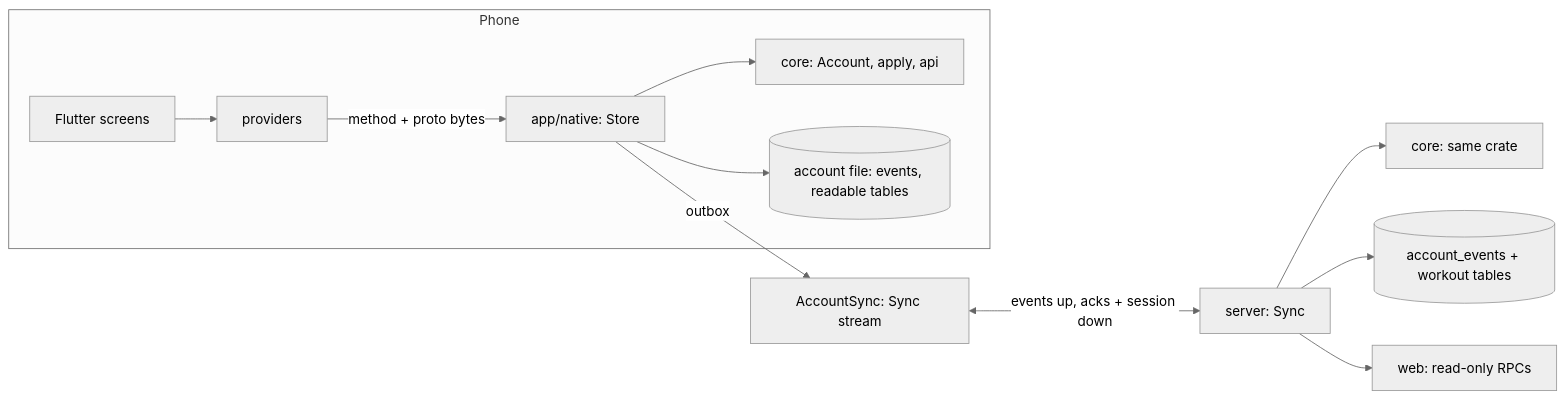
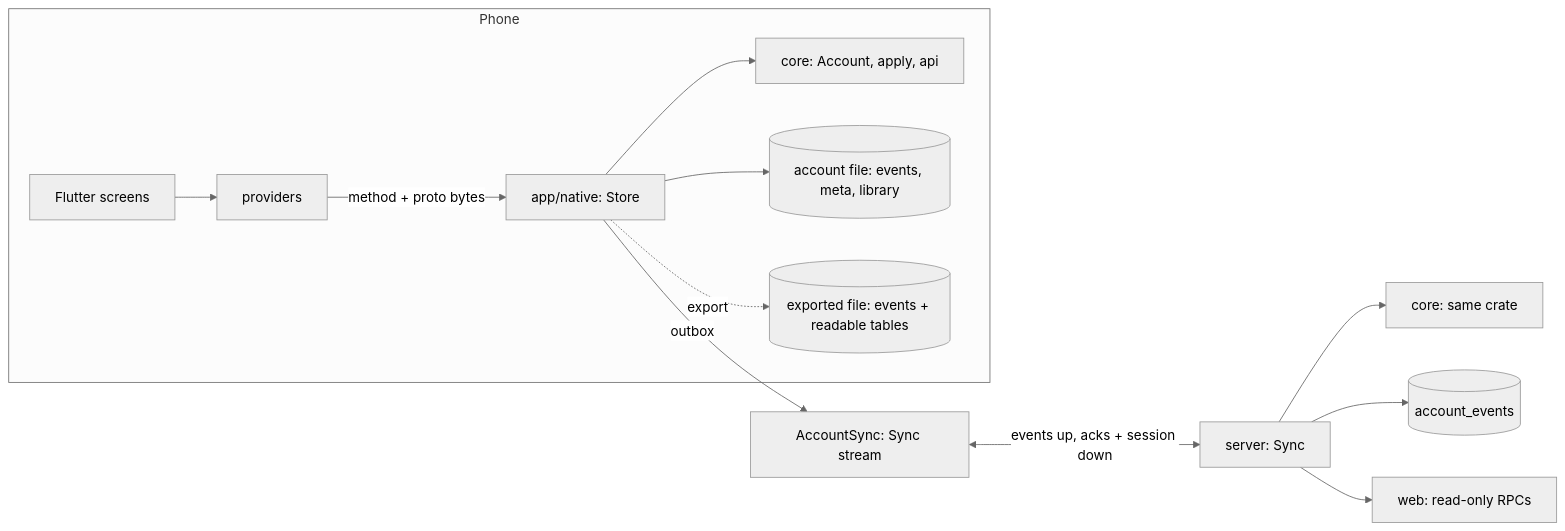
The diagram in docs/architecture/local-first.md (brensch/lift), drawn with Mermaid (neutral theme) before and after one commit. The commit also changed other lines of this file and 32 other files, not shown here.

````diff
--- a/docs/architecture/local-first.md
+++ b/docs/architecture/local-first.md
@@ -9,14 +9,15 @@
 ```mermaid
 graph LR
   subgraph Phone
     UI[Flutter screens] --> P[providers]
     P -->|method + proto bytes| N[app/native: Store]
     N --> C[core: Account, apply, api]
-    N --> F[(account file: events, readable tables)]
+    N --> F[(account file: events, meta, library)]
+    N -.->|export| X[(exported file: events + readable tables)]
   end
   N -->|outbox| S[AccountSync: Sync stream]
   S <-->|events up, acks + session down| SV[server: Sync]
   SV --> C2[core: same crate]
-  SV --> DB[(account_events + workout tables)]
+  SV --> DB[(account_events)]
   SV --> W[web: read-only RPCs]
 ```
````
